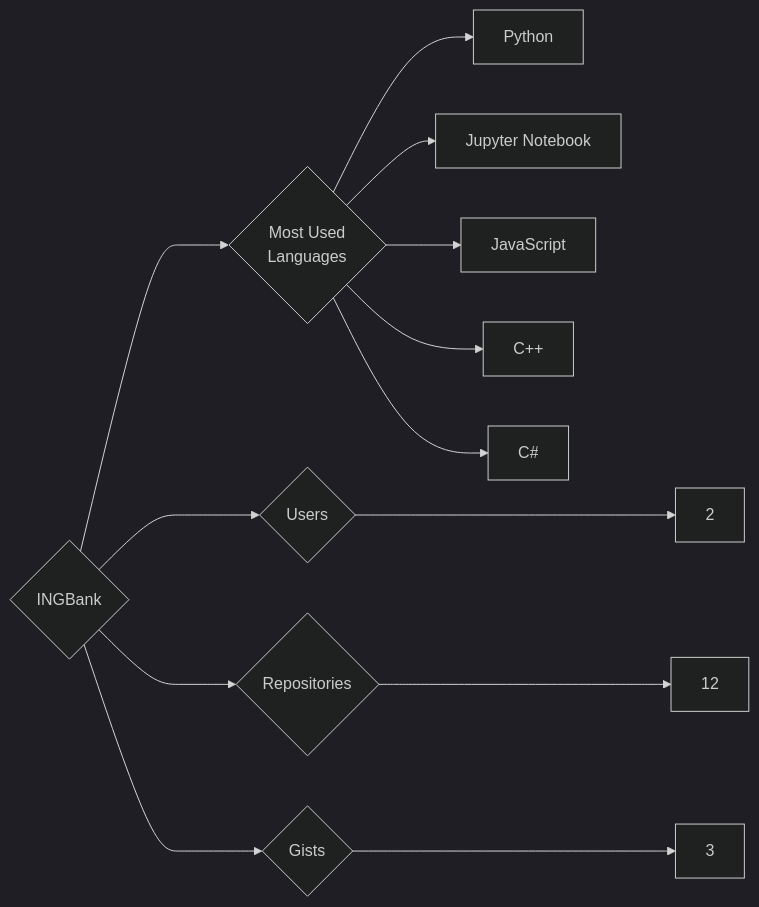
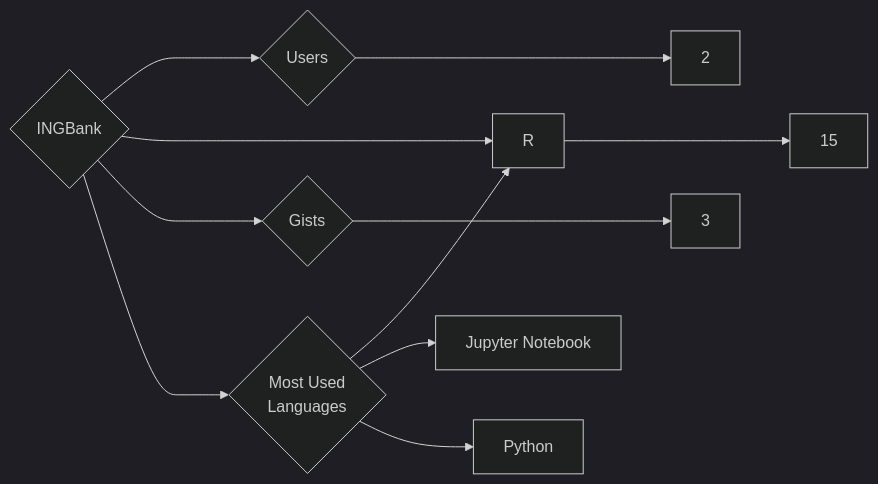
One commit to trickest/insiders changed the diagram in targets/INGBank/README.md. Above: the diagram before and after it, drawn with Mermaid (dark theme). The commit also changed 993 other files, not shown here.

````diff
--- a/targets/INGBank/README.md
+++ b/targets/INGBank/README.md
@@ -3,13 +3,11 @@
 ```mermaid
 graph LR
 COMPANY_NAME{INGBank}
 COMPANY_NAME ---> U{Users} ---> UN[2]
-COMPANY_NAME ---> R{Repositories} ---> RN[12]
+COMPANY_NAME ---> R{Repositories} ---> RN[15]
 COMPANY_NAME ---> G{Gists} ---> GN[3]
 COMPANY_NAME ---> ML{Most Used<br>Languages}
+ML --> R[R]
+ML --> Jupyter_Notebook[Jupyter Notebook]
 ML --> Python[Python]
-ML --> Jupyter_Notebook[Jupyter Notebook]
-ML --> JavaScript[JavaScript]
-ML --> C++[C++]
-ML --> C#[C#]
 ```
````
